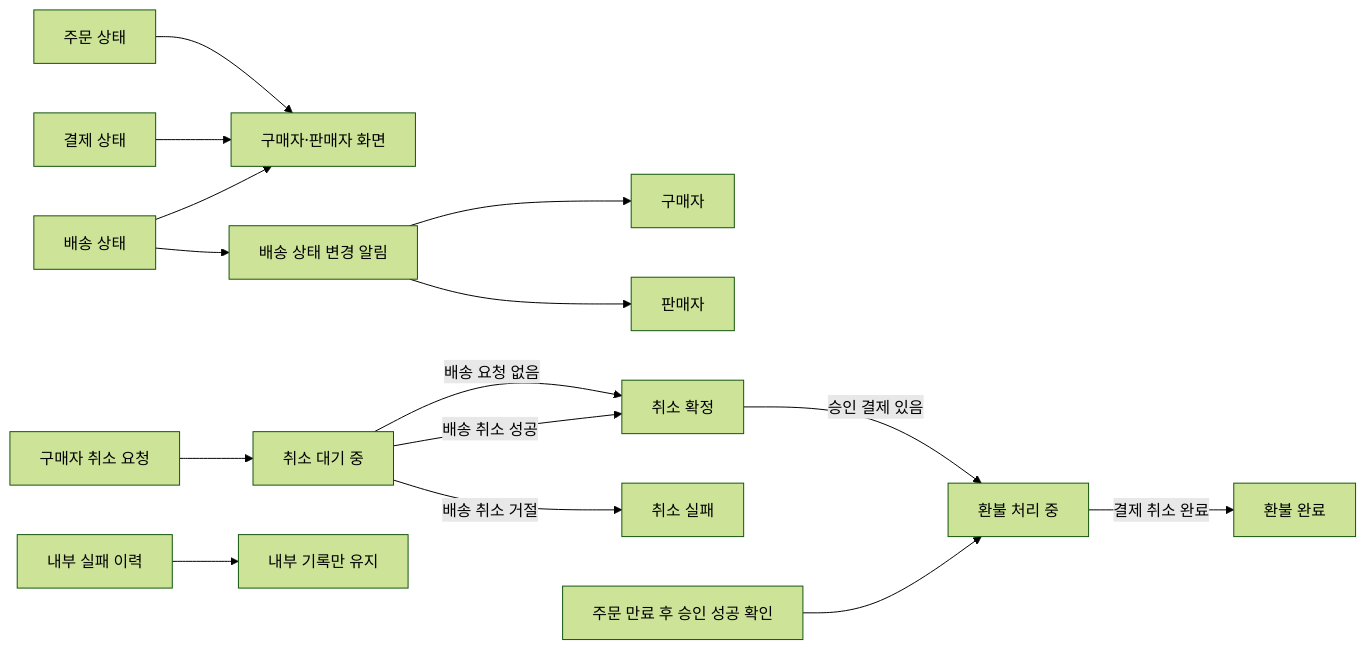
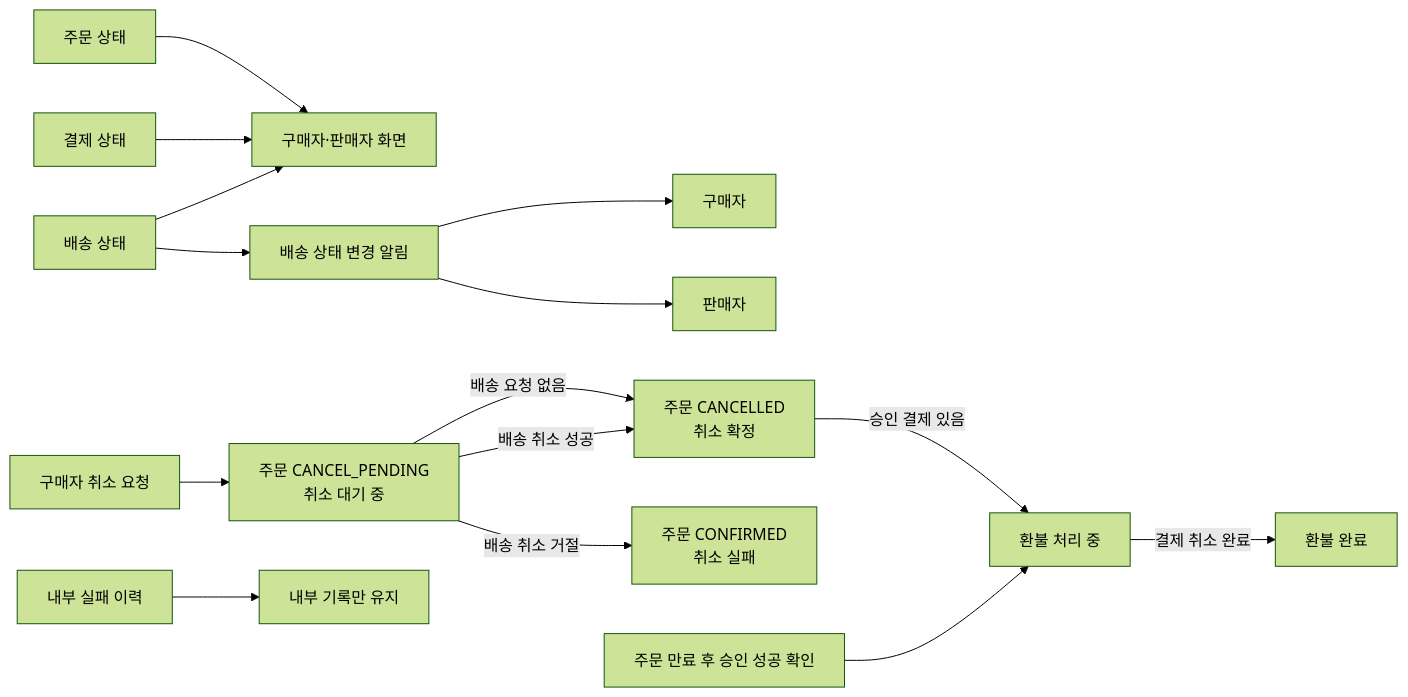
One commit to woowacourse-teams/2026-setty changed the diagram in docs/policy/customer-status.md. Above: the diagram before and after it, drawn with Mermaid (forest theme). The commit also changed other lines of this file and 2 other files, not shown here.

Commit message:
docs: 구매자 취소 대기 상태를 CANCEL_PENDING으로 명시

````diff
--- a/docs/policy/customer-status.md
+++ b/docs/policy/customer-status.md
@@ -14,17 +14,17 @@
 ```mermaid
 flowchart LR
     O["주문 상태"] --> V["구매자·판매자 화면"]
     P["결제 상태"] --> V
     D["배송 상태"] --> V
     D --> N["배송 상태 변경 알림"]
     N --> B["구매자"]
     N --> S["판매자"]
-    CR["구매자 취소 요청"] --> CP["취소 대기 중"]
-    CP -->|"배송 요청 없음"| CC["취소 확정"]
+    CR["구매자 취소 요청"] --> CP["주문 CANCEL_PENDING<br/>취소 대기 중"]
+    CP -->|"배송 요청 없음"| CC["주문 CANCELLED<br/>취소 확정"]
     CP -->|"배송 취소 성공"| CC
-    CP -->|"배송 취소 거절"| CF["취소 실패"]
+    CP -->|"배송 취소 거절"| CF["주문 CONFIRMED<br/>취소 실패"]
     CC -->|"승인 결제 있음"| RP["환불 처리 중"]
     LE["주문 만료 후 승인 성공 확인"] --> RP
     RP -->|"결제 취소 완료"| RC["환불 완료"]
     H["내부 실패 이력"] --> I["내부 기록만 유지"]
 ```
````
